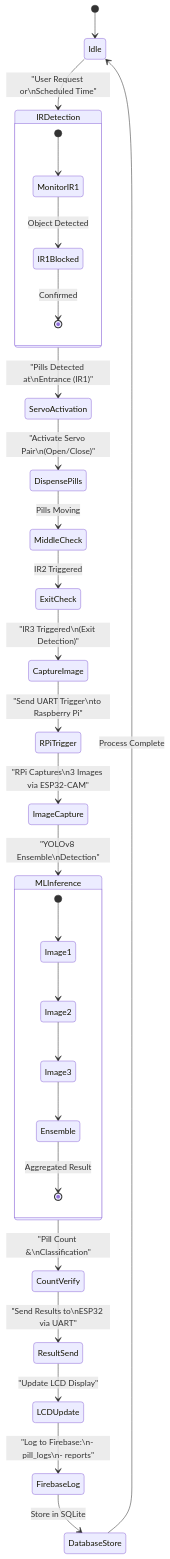
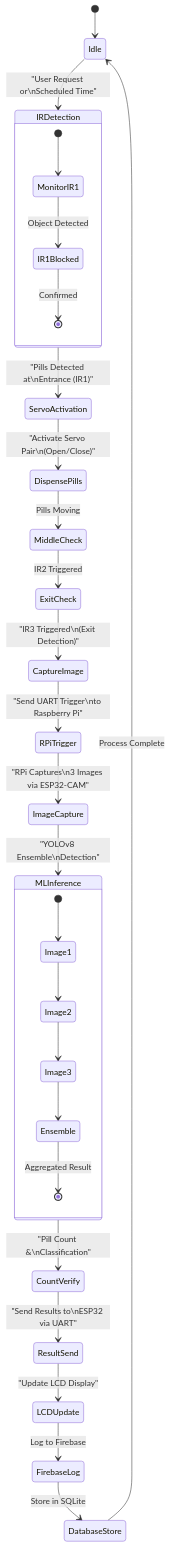
One commit to qppd/Pill-Dispenser-V3 changed the fourth of 17 diagrams in diagram/MERMAID_DIAGRAMS.md. Above: the diagram before and after it, drawn with Mermaid.

Commit message:
Added diagrams

````diff
--- a/diagram/MERMAID_DIAGRAMS.md
+++ b/diagram/MERMAID_DIAGRAMS.md
@@ -204,48 +204,48 @@
 ```mermaid
 stateDiagram-v2
     [*] --> Idle
     
     Idle --> IRDetection: "User Request or\nScheduled Time"
     
     IRDetection --> ServoActivation: "Pills Detected at\nEntrance (IR1)"
     
     ServoActivation --> DispensePills: "Activate Servo Pair\n(Open/Close)"
     
     DispensePills --> MiddleCheck: Pills Moving
     
     MiddleCheck --> ExitCheck: IR2 Triggered
     
     ExitCheck --> CaptureImage: "IR3 Triggered\n(Exit Detection)"
     
     CaptureImage --> RPiTrigger: "Send UART Trigger\nto Raspberry Pi"
     
     RPiTrigger --> ImageCapture: "RPi Captures\n3 Images via ESP32-CAM"
     
     ImageCapture --> MLInference: "YOLOv8 Ensemble\nDetection"
     
     MLInference --> CountVerify: "Pill Count &\nClassification"
     
     CountVerify --> ResultSend: "Send Results to\nESP32 via UART"
     
     ResultSend --> LCDUpdate: "Update LCD Display"
     
-    LCDUpdate --> FirebaseLog: "Log to Firebase:\n- pill_logs\n- reports"
+    LCDUpdate --> FirebaseLog: Log to Firebase
     
     FirebaseLog --> DatabaseStore: Store in SQLite
     
     DatabaseStore --> Idle: Process Complete
     
     state IRDetection {
         [*] --> MonitorIR1
         MonitorIR1 --> IR1Blocked: Object Detected
         IR1Blocked --> [*]: Confirmed
     }
     
     state MLInference {
         [*] --> Image1
         Image1 --> Image2
         Image2 --> Image3
         Image3 --> Ensemble
         Ensemble --> [*]: Aggregated Result
     }
 ```
````
